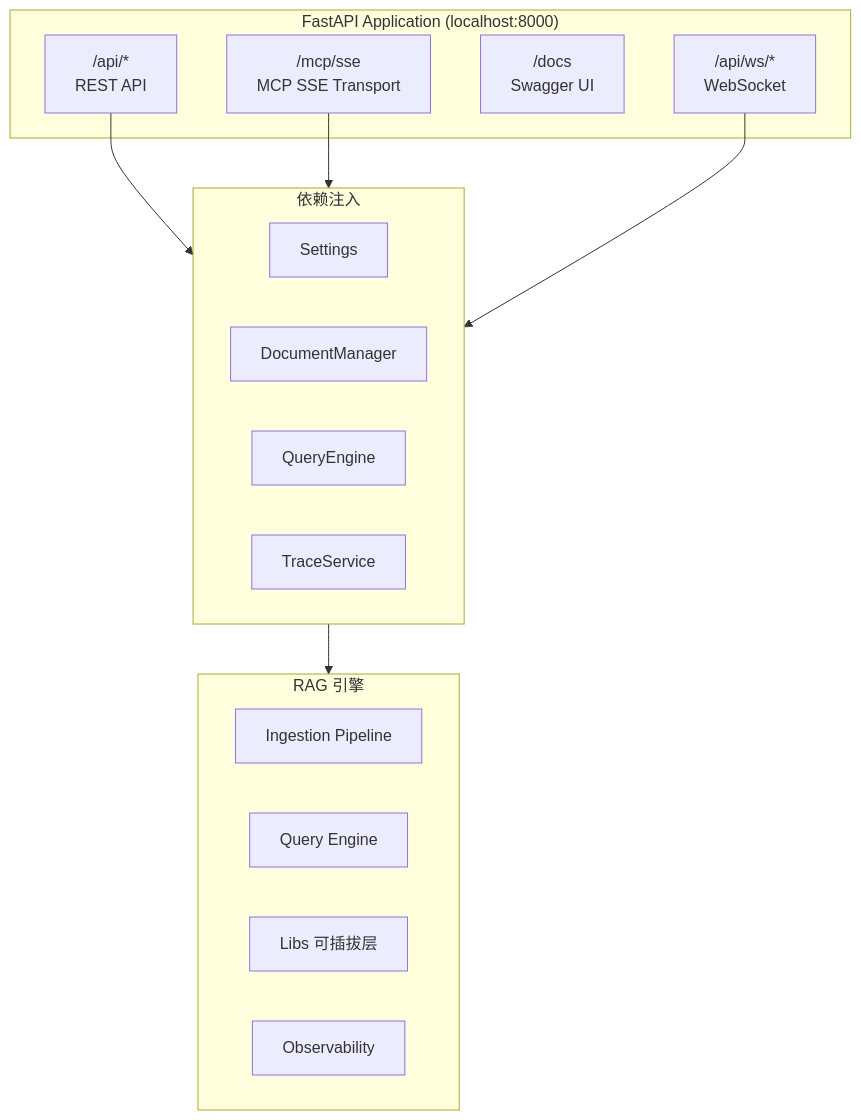
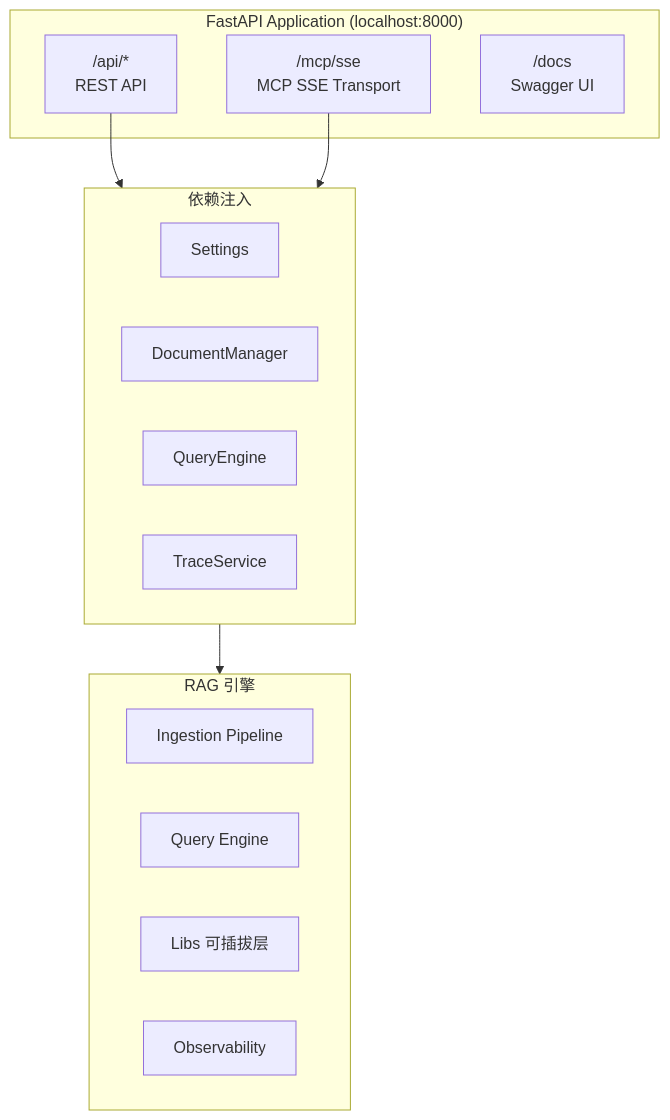
Before and after one commit to vic-ai-dev/knowledge-service: the eighth of 12 diagrams in DEV_SPEC.md, drawn with Mermaid. The commit also changed other lines of this file and 180 other files, not shown here.

````diff
--- a/DEV_SPEC.md
+++ b/DEV_SPEC.md
@@ -355,25 +324,25 @@
 ```mermaid
 flowchart TB
     subgraph FastAPI["FastAPI Application (localhost:8000)"]
         REST["/api/*<br/>REST API"]
         MCP["/mcp/sse<br/>MCP SSE Transport"]
         DOCS["/docs<br/>Swagger UI"]
-        WS_API["/api/ws/*<br/>WebSocket"]
+
     end
     subgraph Deps["依赖注入"]
         SETTINGS["Settings"]
         DM["DocumentManager"]
         QE["QueryEngine"]
         TS["TraceService"]
     end
     subgraph Core["RAG 引擎"]
         ING["Ingestion Pipeline"]
         QRY["Query Engine"]
         LIBS["Libs 可插拔层"]
         OBS["Observability"]
     end
     REST --> Deps
     MCP --> Deps
-    WS_API --> Deps
+
     Deps --> Core
 ```
````
